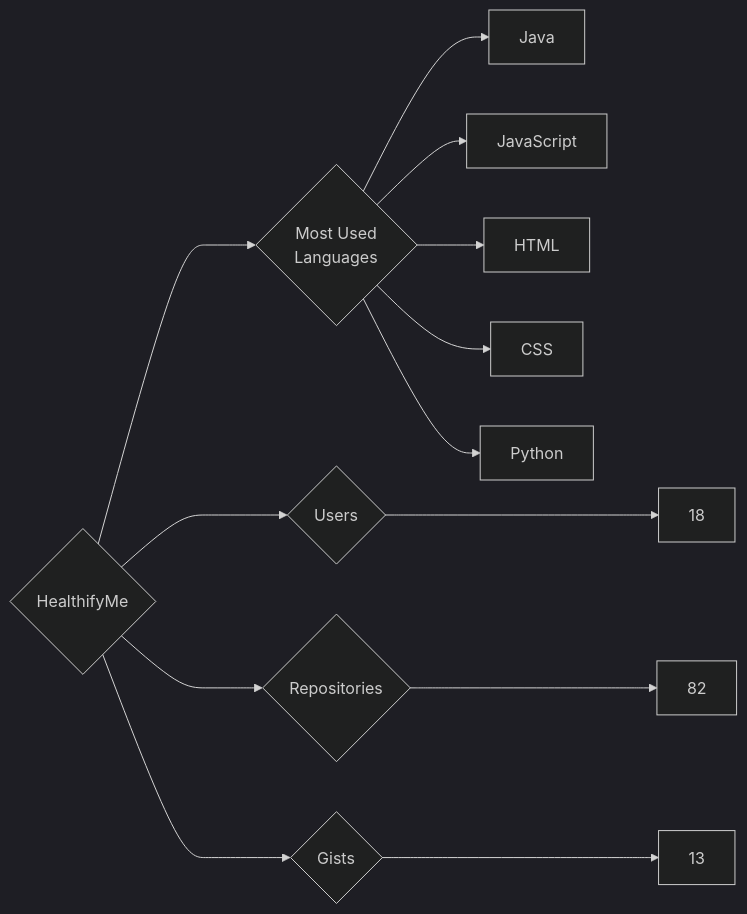
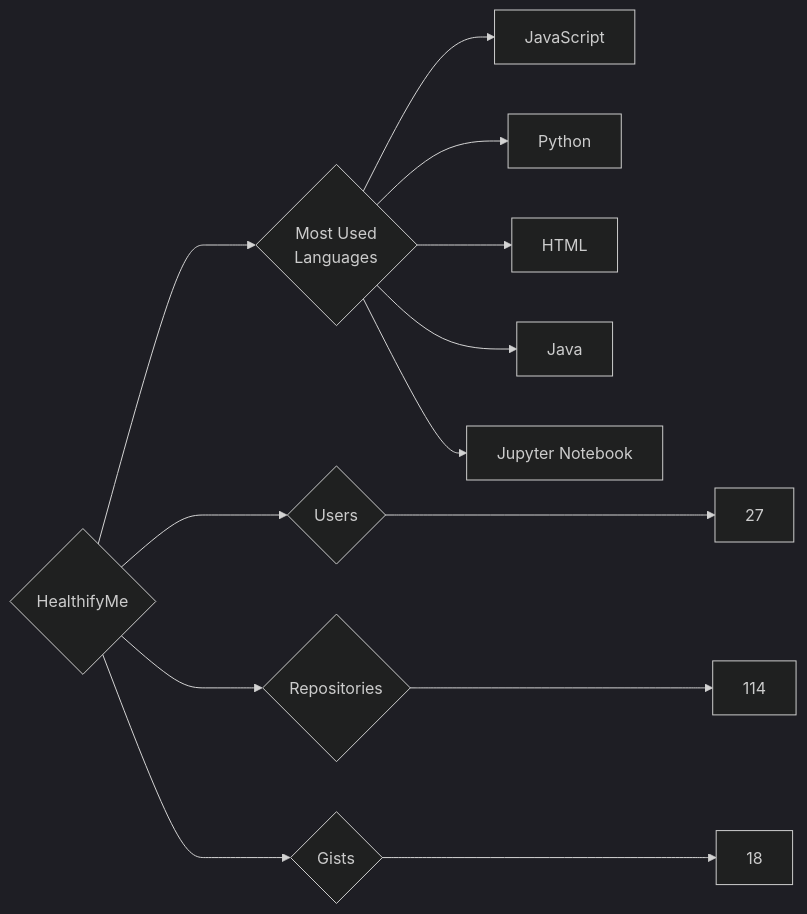
One commit to trickest/insiders changed the diagram in targets/HealthifyMe/README.md. Above: the diagram before and after it, drawn with Mermaid (dark theme). The commit also changed 873 other files, not shown here.

````diff
--- a/targets/HealthifyMe/README.md
+++ b/targets/HealthifyMe/README.md
@@ -3,13 +3,13 @@
 ```mermaid
 graph LR
 COMPANY_NAME{HealthifyMe}
-COMPANY_NAME ---> U{Users} ---> UN[18]
-COMPANY_NAME ---> R{Repositories} ---> RN[82]
-COMPANY_NAME ---> G{Gists} ---> GN[13]
+COMPANY_NAME ---> U{Users} ---> UN[27]
+COMPANY_NAME ---> R{Repositories} ---> RN[114]
+COMPANY_NAME ---> G{Gists} ---> GN[18]
 COMPANY_NAME ---> ML{Most Used<br>Languages}
+ML --> JavaScript[JavaScript]
+ML --> Python[Python]
+ML --> HTML[HTML]
 ML --> Java[Java]
-ML --> JavaScript[JavaScript]
-ML --> HTML[HTML]
-ML --> CSS[CSS]
-ML --> Python[Python]
+ML --> Jupyter_Notebook[Jupyter Notebook]
 ```
````
